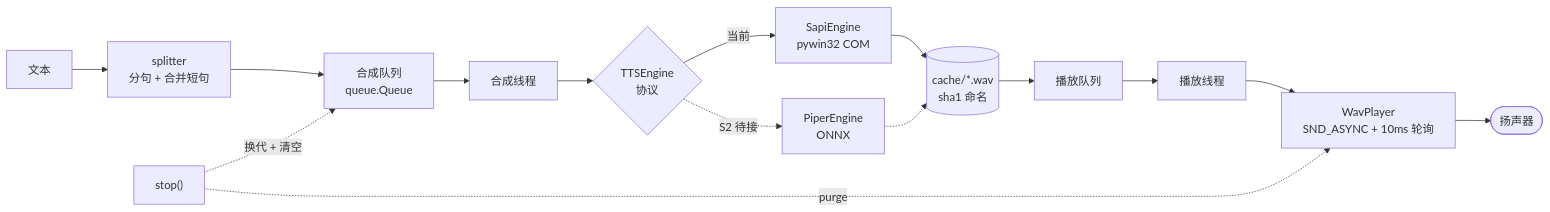
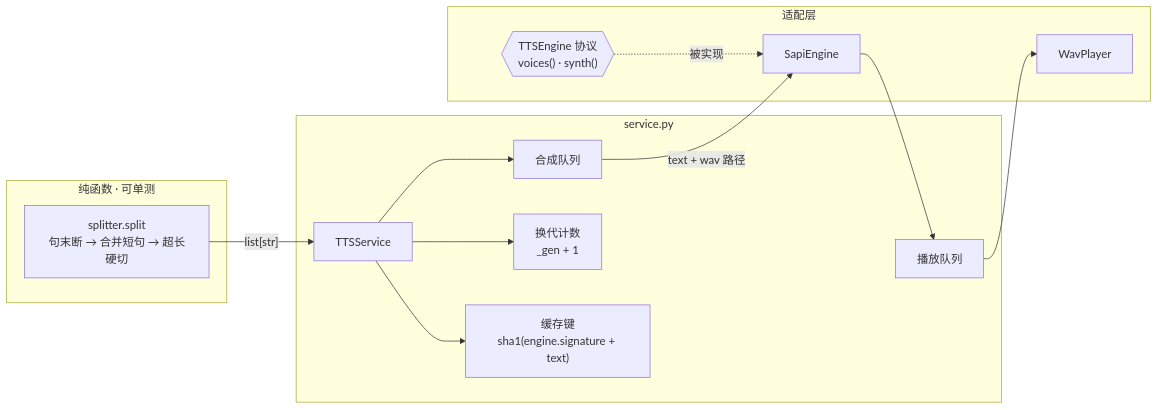
One commit to DongyueHAN/VoxDesk changed the third of 3 diagrams in tts/README.md. Above: the diagram before and after it, drawn with Mermaid. The commit also changed other lines of this file and 1 other file, not shown here.

First line of the commit message:
docs(tts): 改为在 tts/README 维护已实现的 C4 图 @ 2026-11-04T19:40+08:00

````diff
--- a/tts/README.md
+++ b/tts/README.md
@@ -22,18 +83,28 @@
 ```mermaid
-%% diagram: C3-01 TTS 组件图 | updated: 2026-11-04
+%% diagram: C3-07 TTS 切片组件（已实现） | updated: 2026-11-04
 flowchart LR
-    TXT["文本"] --> SPL["splitter<br/>分句 + 合并短句"]
-    SPL --> SQ["合成队列<br/>queue.Queue"]
-    SQ --> SRV["合成线程"]
-    SRV --> ENG{"TTSEngine<br/>协议"}
-    ENG -->|"当前"| SAPI["SapiEngine<br/>pywin32 COM"]
-    ENG -.->|"S2 待接"| PIPE["PiperEngine<br/>ONNX"]
-    SAPI --> CACHE[("cache/*.wav<br/>sha1 命名")]
-    PIPE -.-> CACHE
-    CACHE --> PQ["播放队列"]
-    PQ --> PT["播放线程"]
-    PT --> PLY["WavPlayer<br/>SND_ASYNC + 10ms 轮询"]
-    PLY --> SPK(["扬声器"])
-    STOP["stop()"] -.->|"换代 + 清空"| SQ
-    STOP -.->|"purge"| PLY
+    subgraph PURE["纯函数 · 可单测"]
+        SPL["splitter.split<br/>句末断 → 合并短句 → 超长硬切"]
+    end
+    subgraph SERVICE["service.py"]
+        SVC["TTSService"]
+        Q1["合成队列"]
+        Q2["播放队列"]
+        GEN["换代计数<br/>_gen + 1"]
+        KEY["缓存键<br/>sha1(engine.signature + text)"]
+    end
+    subgraph ADAPTER["适配层"]
+        ENG{{"TTSEngine 协议<br/>voices() · synth()"}}
+        SAPI_E["SapiEngine"]
+        PLY["WavPlayer"]
+    end
+
+    SPL -->|"list[str]"| SVC
+    SVC --> GEN
+    SVC --> KEY
+    SVC --> Q1
+    Q1 -->|"text + wav 路径"| SAPI_E
+    SAPI_E --> Q2
+    Q2 --> PLY
+    ENG -.->|"被实现"| SAPI_E
 ```
````
